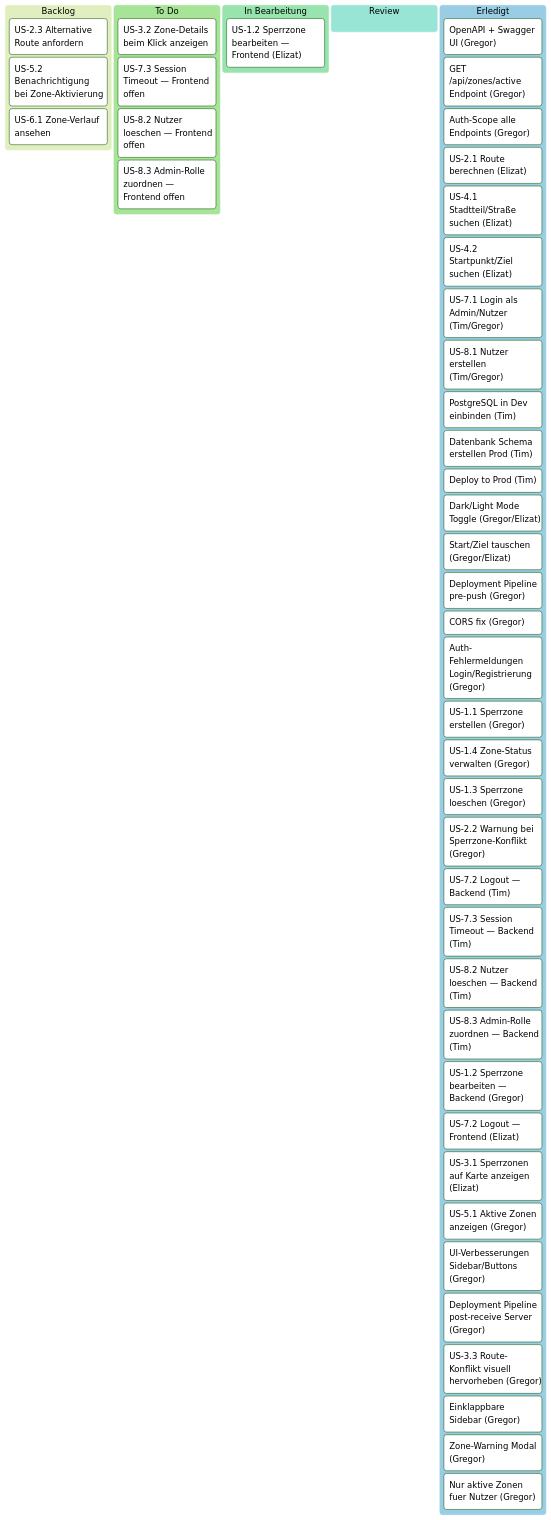
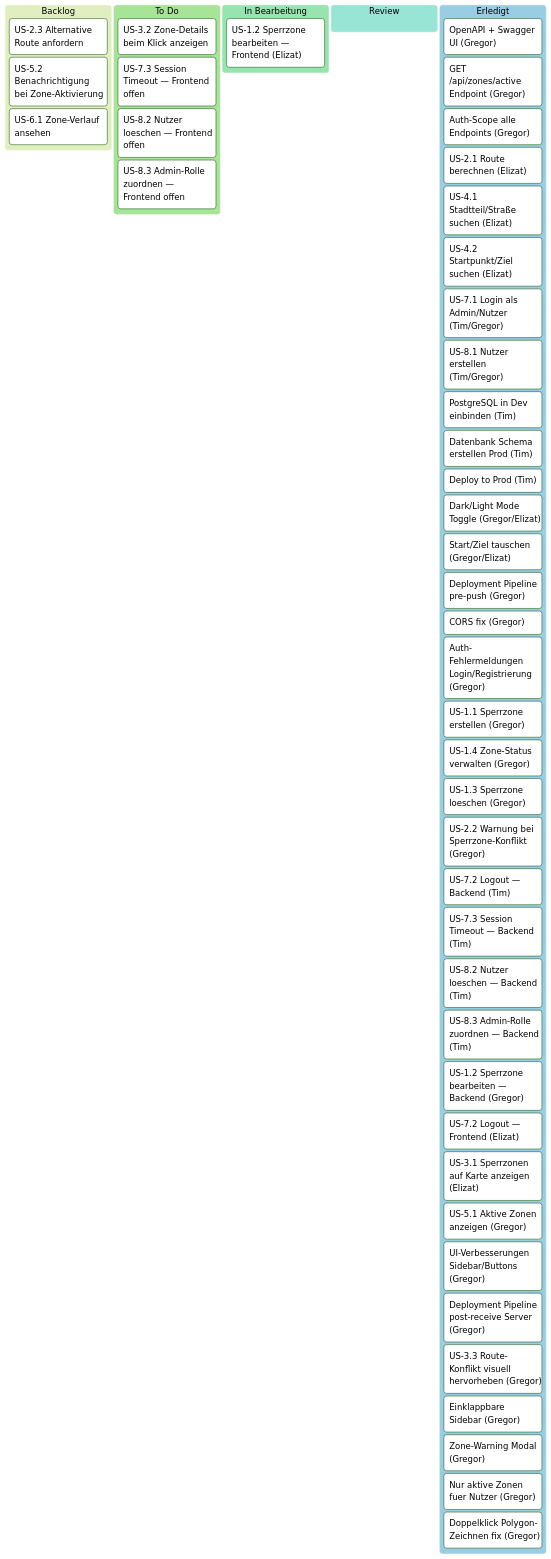
The diagram in docs/project/PLAN.md (g8rdier/urban-flow-governance), drawn with Mermaid (forest theme) before and after one commit. The commit also changed 2 other files, not shown here.

Commit message:
feat: set start/end by clicking on map with popup

````diff
--- a/docs/project/PLAN.md
+++ b/docs/project/PLAN.md
@@ -15,59 +15,60 @@
 ```mermaid
 ---
 config:
   kanban:
     ticketBaseUrl: ''
 ---
 kanban
   Backlog
     b1[US-2.3 Alternative Route anfordern]
     b3[US-5.2 Benachrichtigung bei Zone-Aktivierung]
     b4[US-6.1 Zone-Verlauf ansehen]
 
   ToDo[To Do]
     t3[US-3.2 Zone-Details beim Klick anzeigen]
     t5["US-7.3 Session Timeout — Frontend offen"]
     t6["US-8.2 Nutzer loeschen — Frontend offen"]
     t7["US-8.3 Admin-Rolle zuordnen — Frontend offen"]
 
   InProgress[In Bearbeitung]
     i1["US-1.2 Sperrzone bearbeiten — Frontend (Elizat)"]
 
   Review
 
   Erledigt
     d1["OpenAPI + Swagger UI (Gregor)"]
     d2["GET /api/zones/active Endpoint (Gregor)"]
     d3["Auth-Scope alle Endpoints (Gregor)"]
     d4["US-2.1 Route berechnen (Elizat)"]
     d5["US-4.1 Stadtteil/Straße suchen (Elizat)"]
     d6["US-4.2 Startpunkt/Ziel suchen (Elizat)"]
     r4["US-7.1 Login als Admin/Nutzer (Tim/Gregor)"]
     r7["US-8.1 Nutzer erstellen (Tim/Gregor)"]
     p5["PostgreSQL in Dev einbinden (Tim)"]
     t7["Datenbank Schema erstellen Prod (Tim)"]
     t8["Deploy to Prod (Tim)"]
     d7["Dark/Light Mode Toggle (Gregor/Elizat)"]
     d8["Start/Ziel tauschen (Gregor/Elizat)"]
     d9["Deployment Pipeline pre-push (Gregor)"]
     d10["CORS fix (Gregor)"]
     d11["Auth-Fehlermeldungen Login/Registrierung (Gregor)"]
     p1["US-1.1 Sperrzone erstellen (Gregor)"]
     p2["US-1.4 Zone-Status verwalten (Gregor)"]
     r2["US-1.3 Sperrzone loeschen (Gregor)"]
     r3["US-2.2 Warnung bei Sperrzone-Konflikt (Gregor)"]
     e1["US-7.2 Logout — Backend (Tim)"]
     e2["US-7.3 Session Timeout — Backend (Tim)"]
     e3["US-8.2 Nutzer loeschen — Backend (Tim)"]
     e4["US-8.3 Admin-Rolle zuordnen — Backend (Tim)"]
     e5["US-1.2 Sperrzone bearbeiten — Backend (Gregor)"]
     e6["US-7.2 Logout — Frontend (Elizat)"]
     e7["US-3.1 Sperrzonen auf Karte anzeigen (Elizat)"]
     e8["US-5.1 Aktive Zonen anzeigen (Gregor)"]
     e9["UI-Verbesserungen Sidebar/Buttons (Gregor)"]
     e10["Deployment Pipeline post-receive Server (Gregor)"]
     e11["US-3.3 Route-Konflikt visuell hervorheben (Gregor)"]
     e12["Einklappbare Sidebar (Gregor)"]
     e13["Zone-Warning Modal (Gregor)"]
     e14["Nur aktive Zonen fuer Nutzer (Gregor)"]
+    e15["Doppelklick Polygon-Zeichnen fix (Gregor)"]
 ```
````
